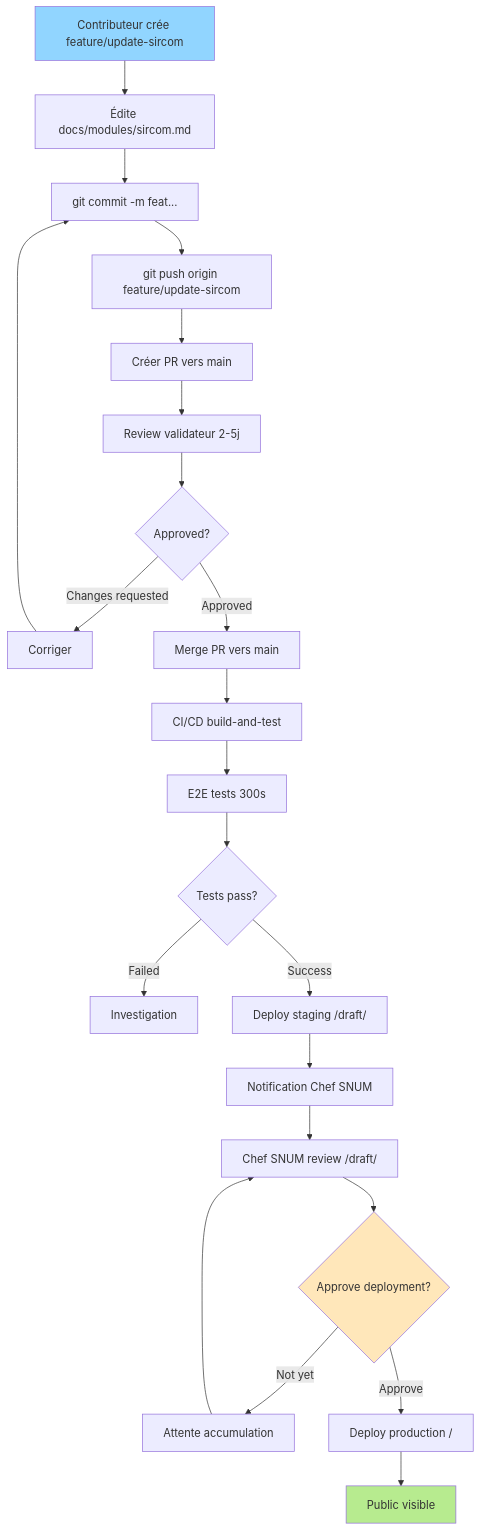
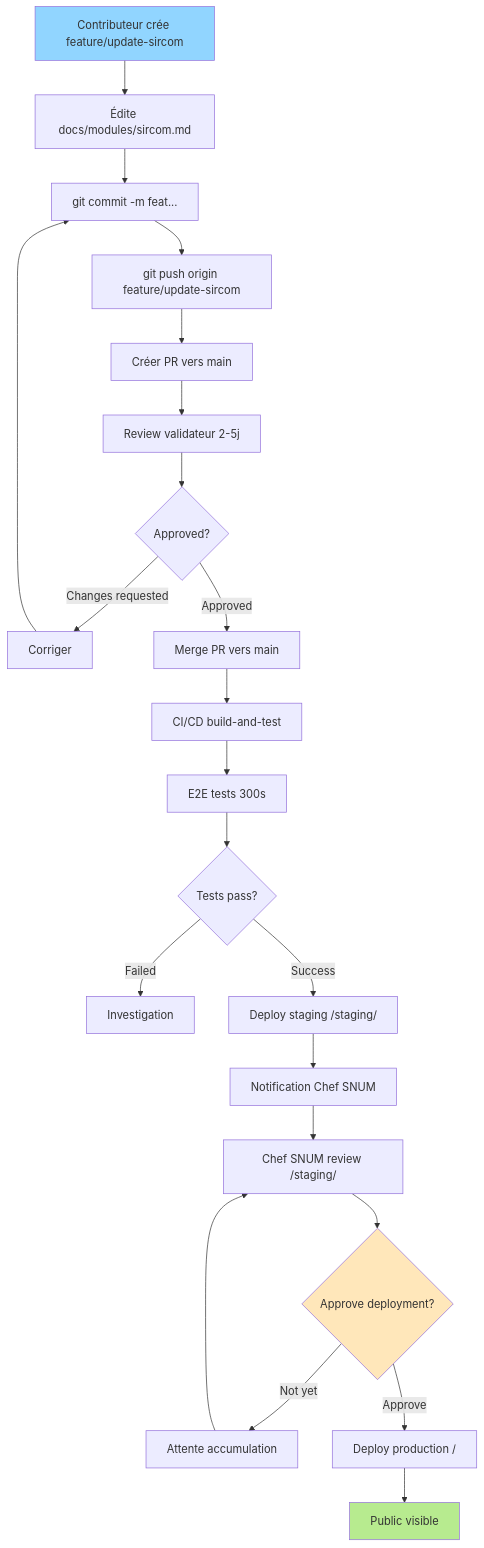
Before and after one commit to Alexmacapple/span-sg: the second of 2 diagrams in docs/adr/009-migration-github-environments.md, drawn with Mermaid. The commit also changed other lines of this file and 12 other files, not shown here.

First line of the commit message:
docs: renommer toutes références /draft/ vers /staging/

````diff
--- a/docs/adr/009-migration-github-environments.md
+++ b/docs/adr/009-migration-github-environments.md
@@ -430,28 +430,28 @@
 ```mermaid
 flowchart TD
     A[Contributeur crée feature/update-sircom] --> B[Édite docs/modules/sircom.md]
     B --> C[git commit -m feat...]
     C --> D[git push origin feature/update-sircom]
     D --> E[Créer PR vers main]
     E --> F[Review validateur 2-5j]
     F --> G{Approved?}
     G -->|Changes requested| H[Corriger]
     H --> C
     G -->|Approved| I[Merge PR vers main]
     I --> J[CI/CD build-and-test]
     J --> K[E2E tests 300s]
     K --> L{Tests pass?}
     L -->|Failed| M[Investigation]
-    L -->|Success| N[Deploy staging /draft/]
+    L -->|Success| N[Deploy staging /staging/]
     N --> O[Notification Chef SNUM]
-    O --> P[Chef SNUM review /draft/]
+    O --> P[Chef SNUM review /staging/]
     P --> Q{Approve deployment?}
     Q -->|Not yet| R[Attente accumulation]
     R --> P
     Q -->|Approve| S[Deploy production /]
     S --> T[Public visible]
 
     style A fill:#91d5ff
     style T fill:#b7eb8f
     style Q fill:#ffe7ba
 ```
````
